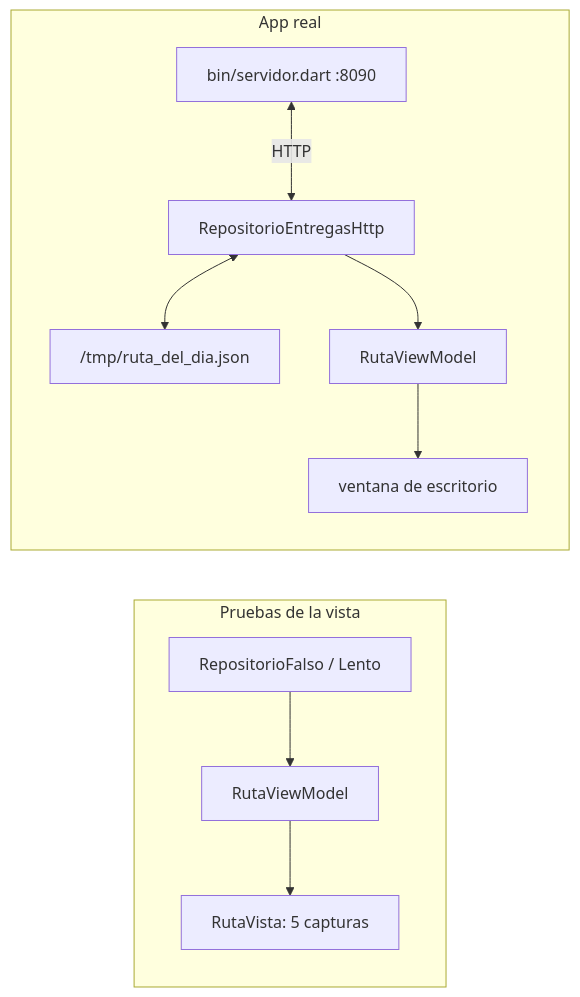
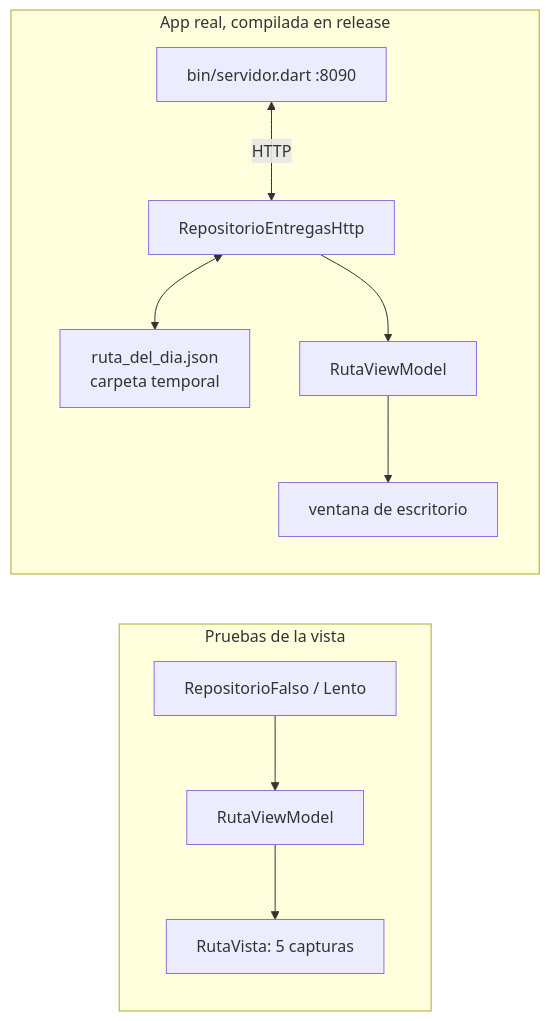
The fourth of 4 diagrams in web/public/content/flutter/modulo-12.md (NICORUIZ93/The_Imperial_Book), drawn with Mermaid before and after one commit. The commit also changed other lines of this file and 65 other files, not shown here.

````diff
--- a/web/public/content/flutter/modulo-12.md
+++ b/web/public/content/flutter/modulo-12.md
@@ -1516,11 +1912,11 @@
 ```mermaid
 flowchart LR
-    subgraph Pruebas de la vista
+    subgraph P["Pruebas de la vista"]
       F["RepositorioFalso / Lento"] --> VM1["RutaViewModel"] --> V1["RutaVista: 5 capturas"]
     end
-    subgraph App real
+    subgraph A["App real, compilada en release"]
       S["bin/servidor.dart :8090"] <-->|HTTP| R["RepositorioEntregasHttp"]
-      R <--> A["/tmp/ruta_del_dia.json"]
+      R <--> C["ruta_del_dia.json<br/>carpeta temporal"]
       R --> VM2["RutaViewModel"] --> V2["ventana de escritorio"]
     end
 ```
````
